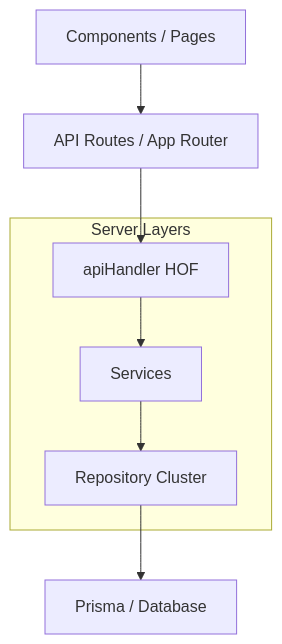
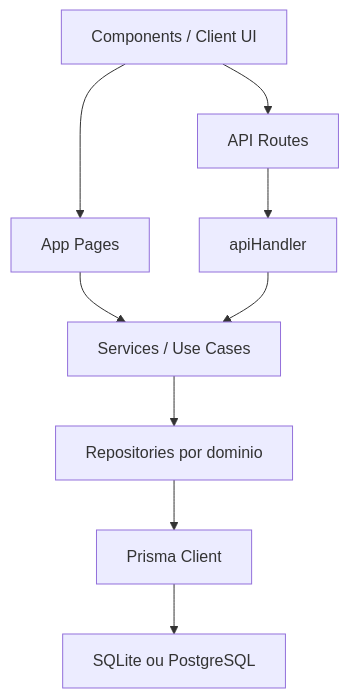
The diagram in docs/ARCHITECTURE.md (Jampras/fluxocasa), drawn with Mermaid before and after one commit. The commit also changed other lines of this file and 8 other files, not shown here.

````diff
--- a/docs/ARCHITECTURE.md
+++ b/docs/ARCHITECTURE.md
@@ -9,14 +9,11 @@
 ```mermaid
 graph TD
-    UI[Components / Pages] --> API[API Routes / App Router]
-    API --> H[apiHandler HOF]
-    H --> S[Services]
-    S --> R[Repository Cluster]
-    R --> D[Prisma / Database]
-    
-    subgraph "Server Layers"
-        H
-        S
-        R
-    end
+    UI["Components / Client UI"] --> Pages["App Pages"]
+    UI --> ApiRoutes["API Routes"]
+    Pages --> Services["Services / Use Cases"]
+    ApiRoutes --> Handler["apiHandler"]
+    Handler --> Services
+    Services --> Repositories["Repositories por dominio"]
+    Repositories --> Prisma["Prisma Client"]
+    Prisma --> DB["SQLite ou PostgreSQL"]
 ```
````
